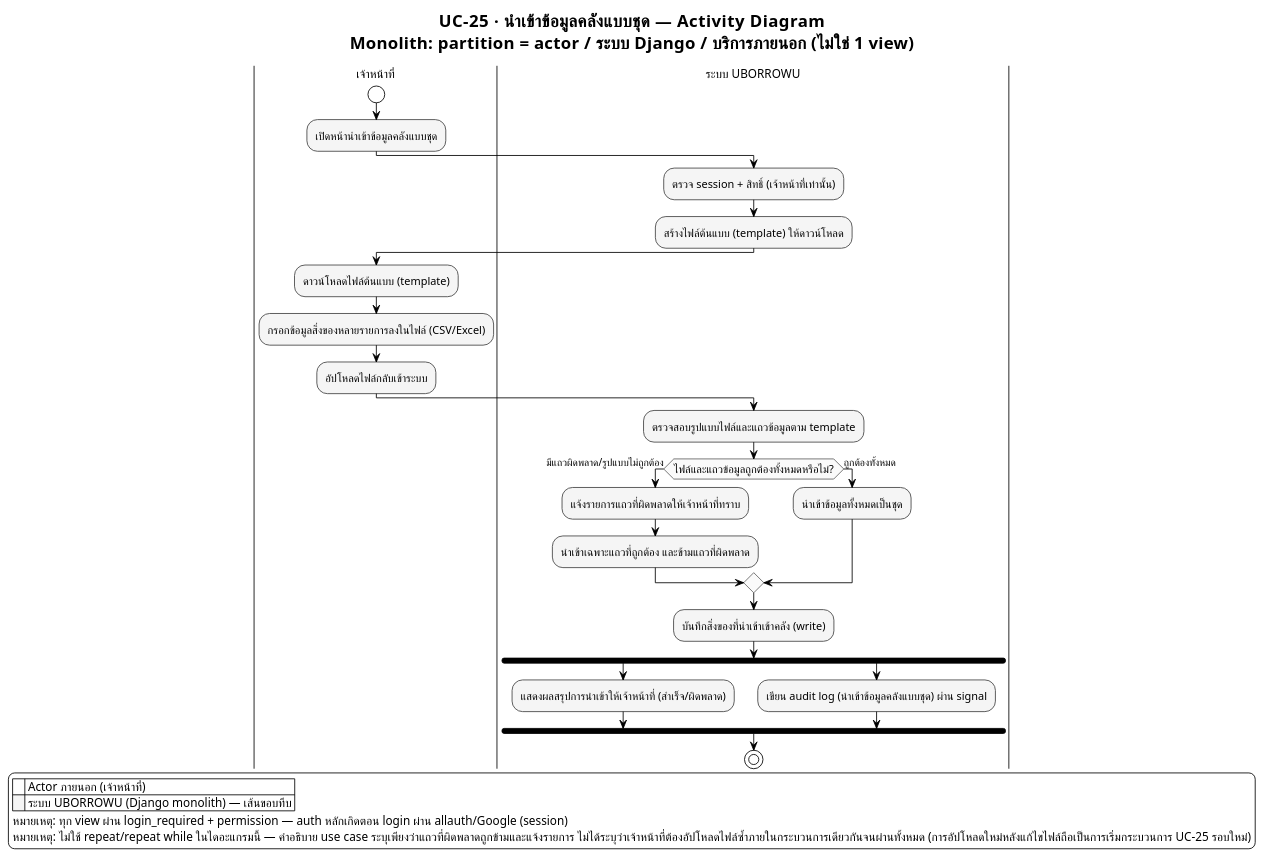
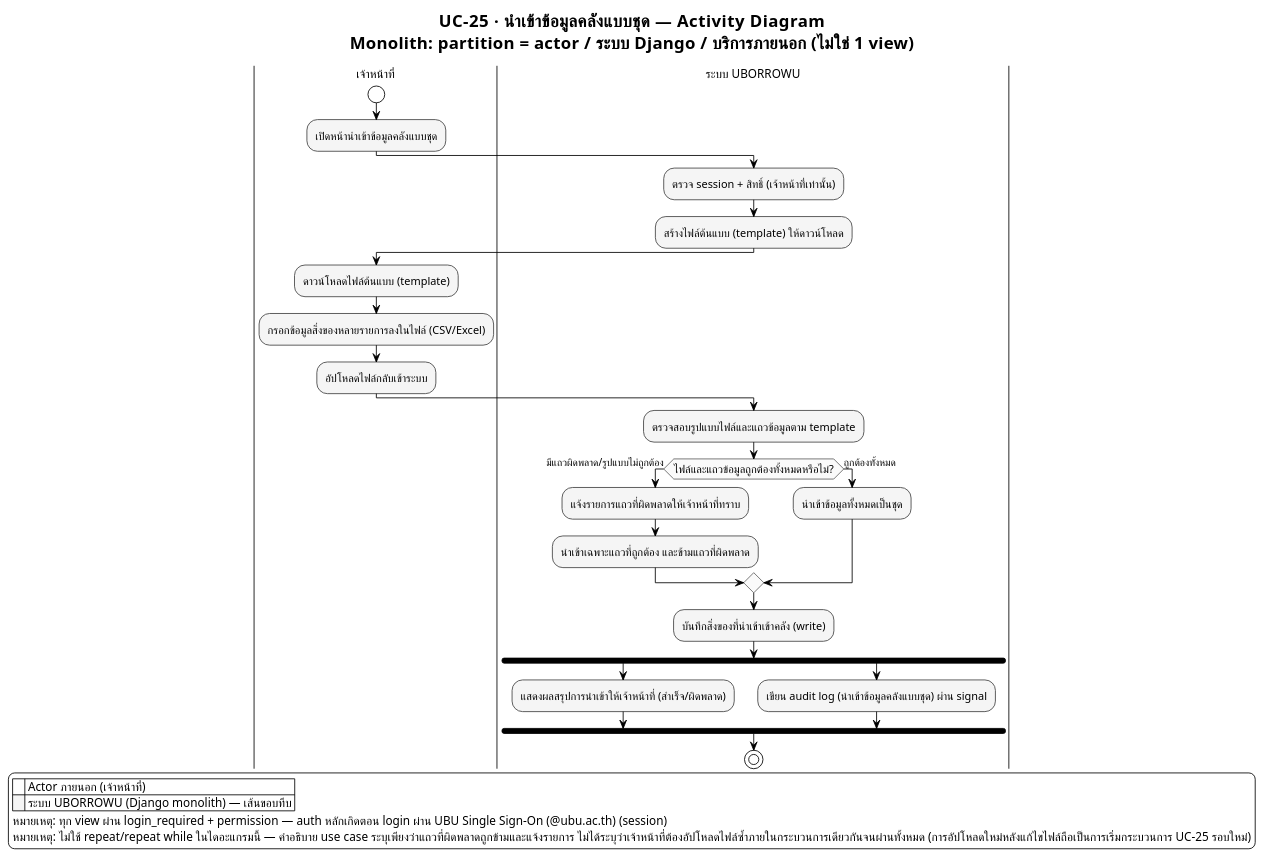
The diagram in proposal/usecase/activity_module7_uc25.puml (patlnwza-007/project-2569), drawn with PlantUML before and after one commit. The commit also changed 33 other files, not shown here.

```diff
--- a/proposal/usecase/activity_module7_uc25.puml
+++ b/proposal/usecase/activity_module7_uc25.puml
@@ -1,81 +1,81 @@
 @startuml activity_module7_uc25
 ' ══════════════════════════════════════════════════════════════════
 ' รองรับภาษาไทย — อ่านก่อน render:
 ' 1. บันทึกไฟล์นี้เป็น UTF-8 (ไม่ต้องมี BOM) เสมอ
 ' 2. ถ้า render ผ่าน CLI (plantuml.jar) ต้องระบุ flag encoding ด้วย:
 '      java -Dfile.encoding=UTF-8 -jar plantuml.jar -charset UTF-8 activity_staff_inventory_item_bulk_import.puml
 ' 3. บังคับใช้ Smetana (pure-Java layout engine) แทน Graphviz/dot
 '    เพราะ Graphviz บางระบบ (โดยเฉพาะ Windows) อ่าน UTF-8 ไม่ตรง ทำให้ตัวอักษรไทยเพี้ยน/หาย
 !pragma layout smetana
 ' 4. ฟอนต์ที่มีสระ/วรรณยุกต์ไทยครบและ render ผ่าน Java ได้เสถียร
 '    - Windows: "TH Sarabun New" (ฟอนต์มาตรฐานราชการ) หรือ "Tahoma" (มากับเครื่องอยู่แล้ว)
 '    - Linux / PlantUML online server: เปลี่ยนเป็น "Noto Sans Thai" หรือ "Loma"
 skinparam defaultFontName "TH Sarabun New"
 skinparam defaultFontSize 14
 ' ══════════════════════════════════════════════════════════════════
 
 !theme plain
 skinparam titleFontName "TH Sarabun New"
 skinparam titleFontSize 20
 skinparam noteFontName "TH Sarabun New"
 skinparam ArrowFontName "TH Sarabun New"
 skinparam ArrowFontSize 12
 skinparam swimlaneTitleFontName "TH Sarabun New"
 skinparam swimlaneTitleFontSize 14
 
 ' ===== Monochrome เท่านั้น — ห้ามให้แต่ละ partition มีสีต่างกัน =====
 skinparam activity {
   BackgroundColor #F5F5F5
   BorderColor #424242
   FontName "TH Sarabun New"
   FontSize 13
   DiamondBackgroundColor #FAFAFA
   DiamondBorderColor #616161
 }
 
 title UC-25 · นำเข้าข้อมูลคลังแบบชุด — Activity Diagram\nMonolith: partition = actor / ระบบ Django / บริการภายนอก (ไม่ใช่ 1 view)
 
 ' ===== Actor ภายนอก (human) ที่ริเริ่มกระบวนการ =====
 ' หมายเหตุ: สมมติว่าเจ้าหน้าที่ login แล้ว (session) — ไม่ต้องวาด OAuth ซ้ำใน flow ทั่วไป
 ' หมายเหตุ: <<extend>> ของ UC-21 — เป็นอีกวิธีหนึ่งของการเพิ่มสิ่งของ ใช้เฉพาะเมื่อเลือกนำเข้าแบบไฟล์
 |เจ้าหน้าที่|
 start
 :เปิดหน้านำเข้าข้อมูลคลังแบบชุด;
 
 |ระบบ UBORROWU|
 :ตรวจ session + สิทธิ์ (เจ้าหน้าที่เท่านั้น);
 :สร้างไฟล์ต้นแบบ (template) ให้ดาวน์โหลด;
 
 |เจ้าหน้าที่|
 :ดาวน์โหลดไฟล์ต้นแบบ (template);
 :กรอกข้อมูลสิ่งของหลายรายการลงในไฟล์ (CSV/Excel);
 :อัปโหลดไฟล์กลับเข้าระบบ;
 
 |ระบบ UBORROWU|
 :ตรวจสอบรูปแบบไฟล์และแถวข้อมูลตาม template;
 
 if (ไฟล์และแถวข้อมูลถูกต้องทั้งหมดหรือไม่?) then (มีแถวผิดพลาด/รูปแบบไม่ถูกต้อง)
   :แจ้งรายการแถวที่ผิดพลาดให้เจ้าหน้าที่ทราบ;
   :นำเข้าเฉพาะแถวที่ถูกต้อง และข้ามแถวที่ผิดพลาด;
 else (ถูกต้องทั้งหมด)
   :นำเข้าข้อมูลทั้งหมดเป็นชุด;
 endif
 
 :บันทึกสิ่งของที่นำเข้าเข้าคลัง (write);
 
 fork
   :แสดงผลสรุปการนำเข้าให้เจ้าหน้าที่ (สำเร็จ/ผิดพลาด);
 fork again
   :เขียน audit log (นำเข้าข้อมูลคลังแบบชุด) ผ่าน signal;
 end fork
 
 stop
 
 legend right
   |<back:white>    </back>| Actor ภายนอก (เจ้าหน้าที่) |
   |<back:#F5F5F5>    </back>| ระบบ UBORROWU (Django monolith) — เส้นขอบทึบ |
-  หมายเหตุ: ทุก view ผ่าน login_required + permission — auth หลักเกิดตอน login ผ่าน allauth/Google (session)
+  หมายเหตุ: ทุก view ผ่าน login_required + permission — auth หลักเกิดตอน login ผ่าน UBU Single Sign-On (@ubu.ac.th) (session)
   หมายเหตุ: ไม่ใช้ repeat/repeat while ในไดอะแกรมนี้ — คำอธิบาย use case ระบุเพียงว่าแถวที่ผิดพลาดถูกข้ามและแจ้งรายการ ไม่ได้ระบุว่าเจ้าหน้าที่ต้องอัปโหลดไฟล์ซ้ำภายในกระบวนการเดียวกันจนผ่านทั้งหมด (การอัปโหลดใหม่หลังแก้ไขไฟล์ถือเป็นการเริ่มกระบวนการ UC-25 รอบใหม่)
 endlegend
 
 @enduml
```
